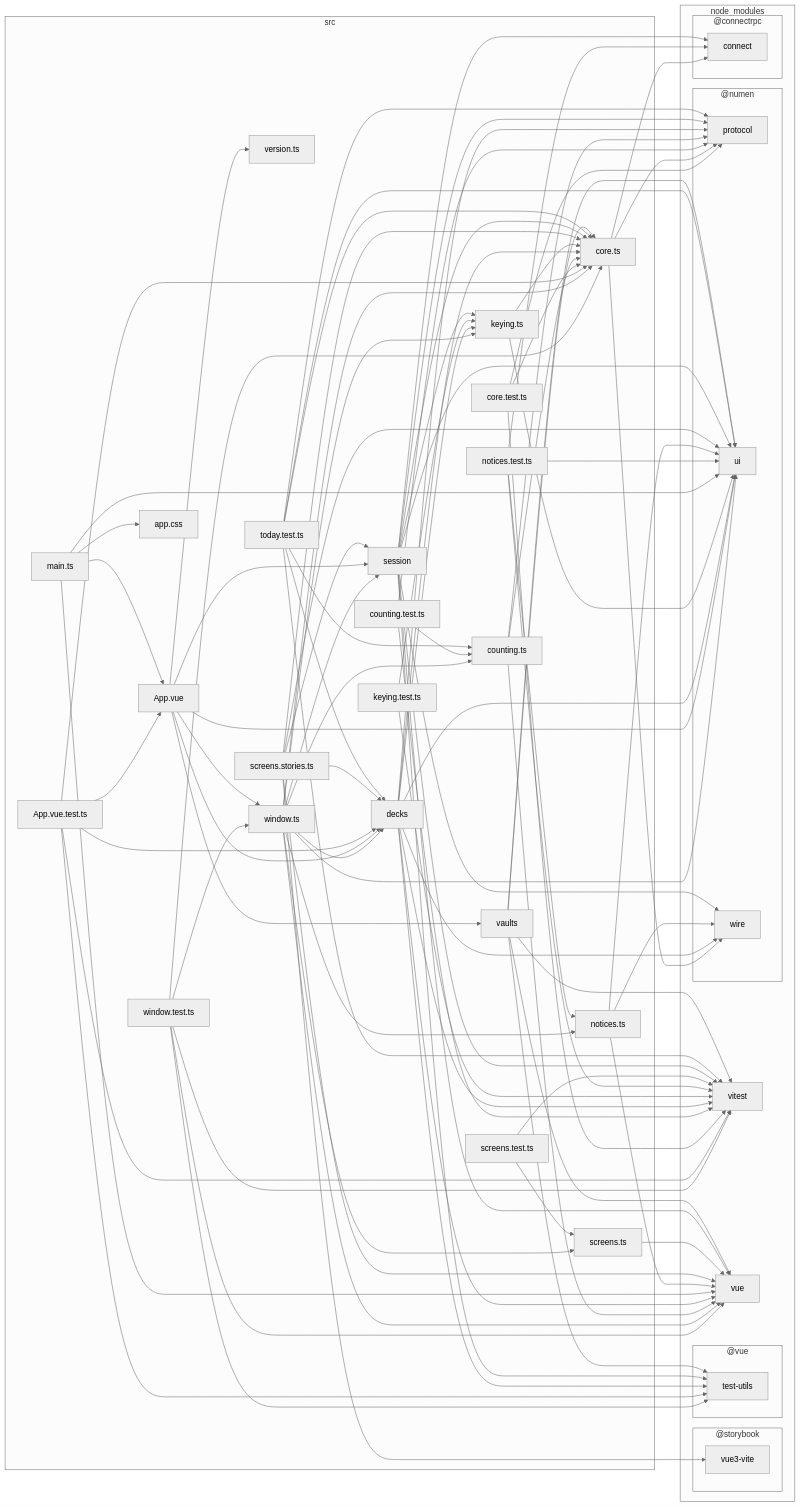
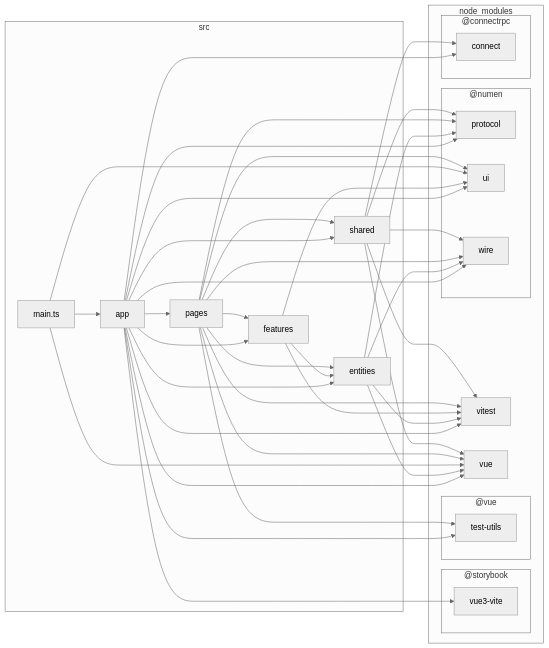
Before and after one commit to jiva-studio/numen: the fourth of 5 diagrams in docs/dependencies.md, drawn with Mermaid (neutral theme). The commit also changed other lines of this file, not shown here.

````diff
--- a/docs/dependencies.md
+++ b/docs/dependencies.md
@@ -400,116 +308,47 @@
 F["vue"]
 end
 subgraph G["src"]
-H["App.vue"]
-I["App.vue.test.ts"]
-J["app.css"]
-K["core.test.ts"]
-L["core.ts"]
-M["counting.test.ts"]
-N["counting.ts"]
-O["decks"]
-P["keying.test.ts"]
-Q["keying.ts"]
-R["main.ts"]
-S["notices.test.ts"]
-T["notices.ts"]
-U["screens.stories.ts"]
-V["screens.test.ts"]
-W["screens.ts"]
-X["session"]
-Y["today.test.ts"]
-Z["vaults"]
-10["version.ts"]
-11["window.test.ts"]
-12["window.ts"]
+H["app"]
+I["entities"]
+J["features"]
+K["main.ts"]
+L["pages"]
+M["shared"]
 end
-11-->12
-11-->D
-11-->E
-11-->F
-11-->L
-12-->8
-12-->F
-12-->L
-12-->N
-12-->O
-12-->Q
-12-->T
-12-->W
-12-->X
-H-->10
-H-->12
+H-->5
+H-->7
 H-->8
-H-->O
-H-->X
-H-->Z
-I-->D
+H-->9
+H-->B
+H-->D
+H-->E
+H-->F
+H-->I
+H-->J
+H-->L
+H-->M
+I-->7
+I-->9
 I-->E
-I-->H
-I-->L
-I-->O
-K-->7
-K-->E
-K-->L
-L-->5
+I-->F
+J-->8
+J-->E
+J-->I
+K-->8
+K-->F
+K-->H
 L-->7
+L-->8
 L-->9
+L-->D
+L-->E
+L-->F
+L-->I
+L-->J
+L-->M
+M-->5
 M-->7
+M-->9
 M-->E
-M-->N
-N-->7
-N-->F
-N-->L
-O-->7
-O-->8
-O-->9
-O-->D
-O-->E
-O-->F
-O-->L
-O-->Q
-P-->E
-P-->Q
-Q-->8
-Q-->L
-R-->8
-R-->F
-R-->H
-R-->J
-S-->5
-S-->8
-S-->E
-S-->T
-T-->8
-T-->9
-T-->F
-U-->8
-U-->B
-U-->F
-U-->L
-U-->O
-U-->X
-V-->E
-V-->W
-W-->F
-X-->5
-X-->7
-X-->8
-X-->9
-X-->D
-X-->E
-X-->F
-X-->L
-X-->Q
-Y-->7
-Y-->8
-Y-->E
-Y-->L
-Y-->N
-Y-->O
-Z-->8
-Z-->D
-Z-->E
-Z-->F
-Z-->L
+M-->F
 ```
````
